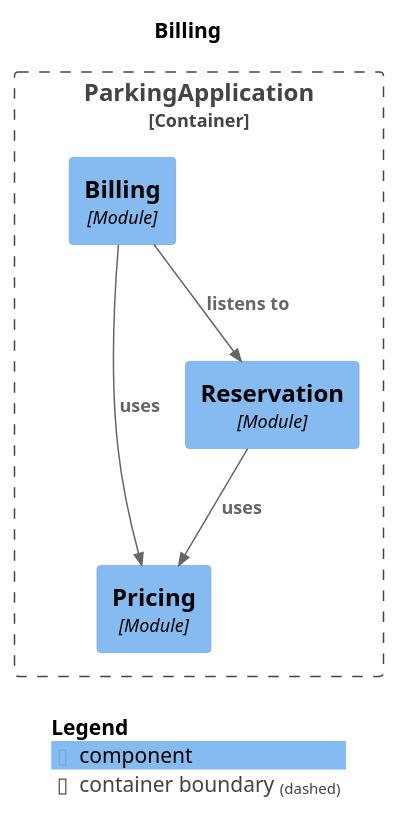
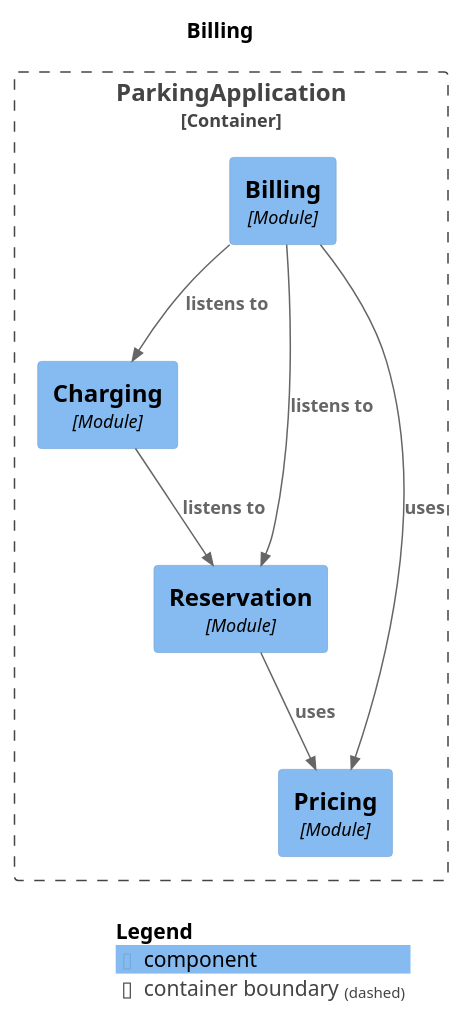
The diagram in target/spring-modulith-docs/module-billing.puml (VladTZY/Erasmus-CarParking), drawn with PlantUML before and after one commit. The commit also changed 69 other files, not shown here.

```diff
--- a/target/spring-modulith-docs/module-billing.puml
+++ b/target/spring-modulith-docs/module-billing.puml
@@ -1,22 +1,25 @@
 @startuml
 set separator none
 title Billing
 
 top to bottom direction
 
 !include <C4/C4>
 !include <C4/C4_Context>
 !include <C4/C4_Component>
 
 Container_Boundary("ParkingApplication.ParkingApplication_boundary", "ParkingApplication", $tags="") {
   Component(ParkingApplication.ParkingApplication.Billing, "Billing", $techn="Module", $descr="", $tags="", $link="")
+  Component(ParkingApplication.ParkingApplication.Charging, "Charging", $techn="Module", $descr="", $tags="", $link="")
   Component(ParkingApplication.ParkingApplication.Pricing, "Pricing", $techn="Module", $descr="", $tags="", $link="")
   Component(ParkingApplication.ParkingApplication.Reservation, "Reservation", $techn="Module", $descr="", $tags="", $link="")
 }
 
 Rel(ParkingApplication.ParkingApplication.Reservation, ParkingApplication.ParkingApplication.Pricing, "uses", $techn="", $tags="", $link="")
 Rel(ParkingApplication.ParkingApplication.Billing, ParkingApplication.ParkingApplication.Reservation, "listens to", $techn="", $tags="", $link="")
+Rel(ParkingApplication.ParkingApplication.Billing, ParkingApplication.ParkingApplication.Charging, "listens to", $techn="", $tags="", $link="")
 Rel(ParkingApplication.ParkingApplication.Billing, ParkingApplication.ParkingApplication.Pricing, "uses", $techn="", $tags="", $link="")
+Rel(ParkingApplication.ParkingApplication.Charging, ParkingApplication.ParkingApplication.Reservation, "listens to", $techn="", $tags="", $link="")
 
 SHOW_LEGEND(true)
 @enduml
```
